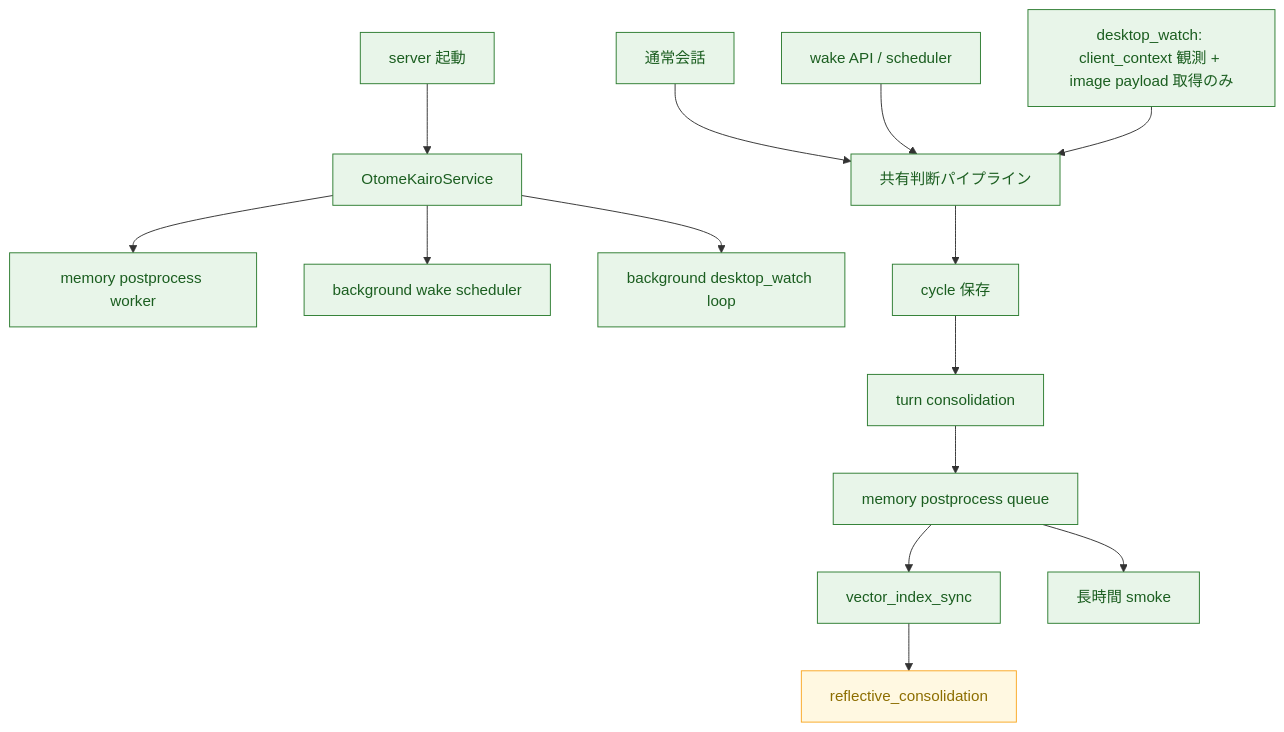
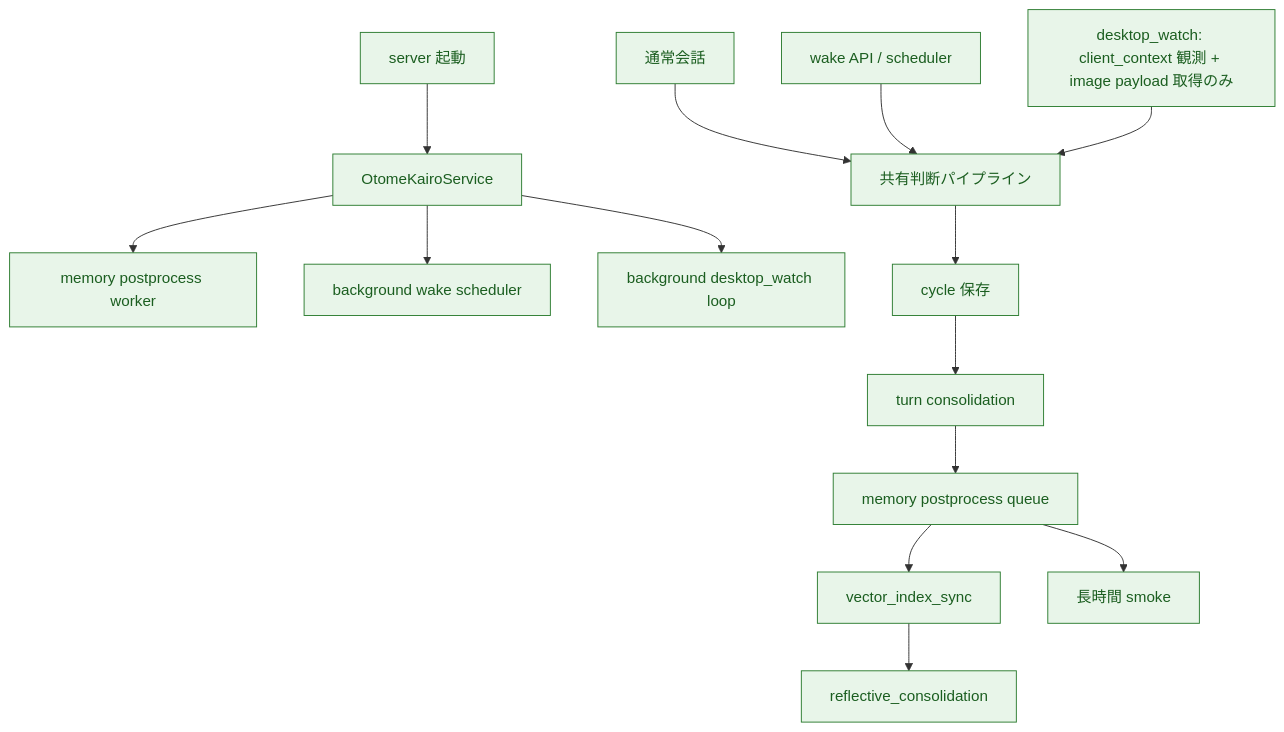
One commit to hirona98/OtomeKairo changed the third of 4 diagrams in docs/plan/02_現行処理フロー.md. Above: the diagram before and after it, drawn with Mermaid. The commit also changed other lines of this file and 15 other files, not shown here.

````diff
--- a/docs/plan/02_現行処理フロー.md
+++ b/docs/plan/02_現行処理フロー.md
@@ -162,25 +164,24 @@
 ```mermaid
 flowchart TD
     Start["server 起動"] --> Service["OtomeKairoService"]
     Service --> Worker["memory postprocess worker"]
     Service --> WakeLoop["background wake scheduler"]
     Service --> WatchLoop["background desktop_watch loop"]
 
     User["通常会話"] --> Shared["共有判断パイプライン"]
     Wake["wake API / scheduler"] --> Shared
     WatchCtx["desktop_watch: client_context 観測 + image payload 取得のみ"] --> Shared
     Shared --> Persist["cycle 保存"]
     Persist --> Turn["turn consolidation"]
     Turn --> Queue["memory postprocess queue"]
     Queue --> Vec["vector_index_sync"]
     Vec --> Reflect["reflective_consolidation"]
     Queue --> Smoke["長時間 smoke"]
 
     classDef done fill:#e8f5e9,stroke:#2e7d32,color:#1b5e20;
     classDef partial fill:#fff8e1,stroke:#f9a825,color:#8d6e00;
     classDef todo fill:#ffebee,stroke:#c62828,color:#b71c1c;
 
-    class Start,Service,Worker,WakeLoop,WatchLoop,User,Wake,WatchCtx,Shared,Persist,Turn,Queue,Vec done;
-    class Reflect partial;
+    class Start,Service,Worker,WakeLoop,WatchLoop,User,Wake,WatchCtx,Shared,Persist,Turn,Queue,Vec,Reflect done;
     class Smoke done;
 ```
````
